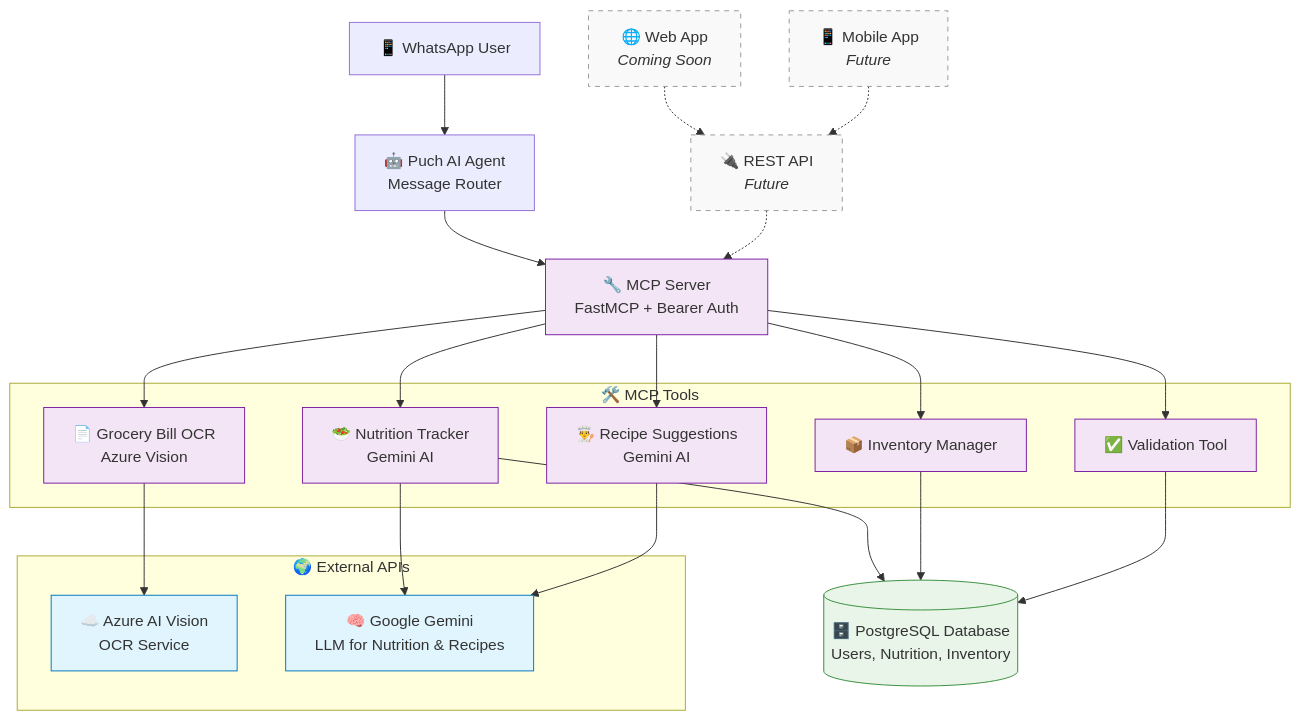
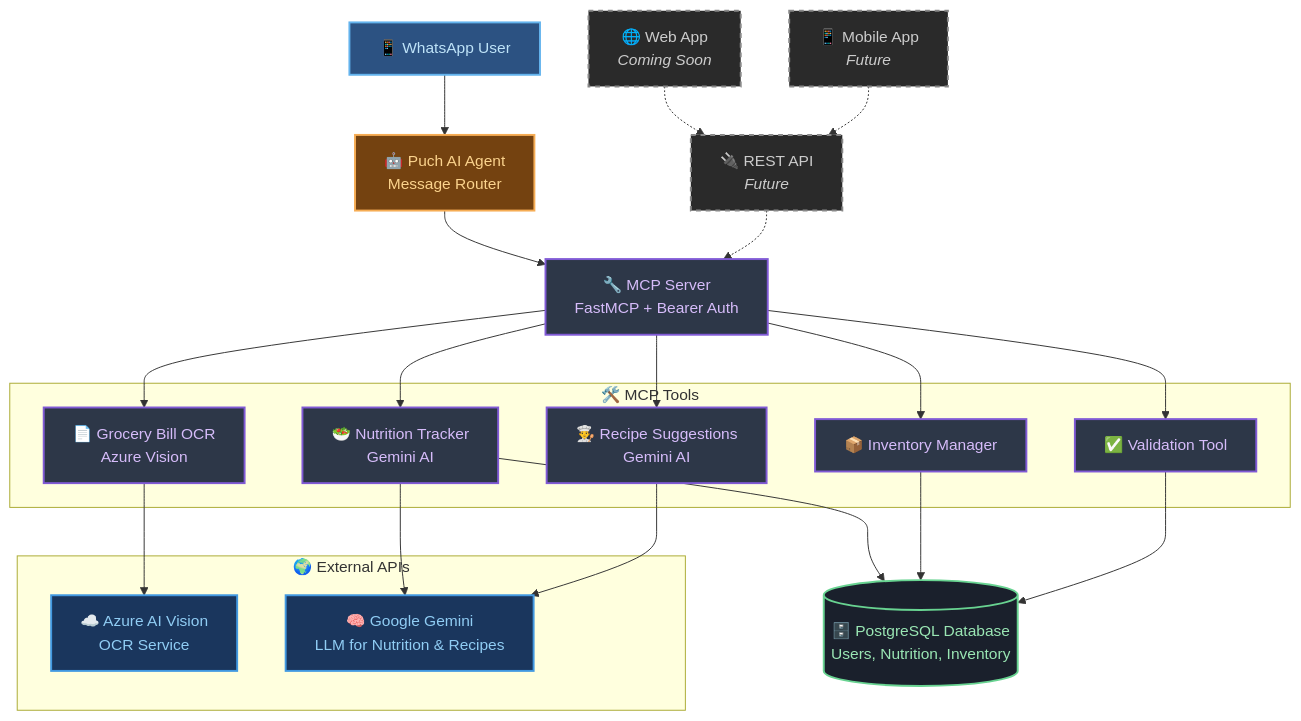
One commit to hawkaii/annapurna changed the diagram in README.md. Above: the diagram before and after it, drawn with Mermaid.

Commit message:
updated colors

````diff
--- a/README.md
+++ b/README.md
@@ -21,65 +21,69 @@
 ```mermaid
 graph TB
     %% User Interfaces
     WA[📱 WhatsApp User] 
     WEB[🌐 Web App<br/><i>Coming Soon</i>]
     MOB[📱 Mobile App<br/><i>Future</i>]
     
     %% Middleware Layer
     PUCH[🤖 Puch AI Agent<br/>Message Router]
     
     %% Backend Services
     MCP[🔧 MCP Server<br/>FastMCP + Bearer Auth]
     API[🔌 REST API<br/><i>Future</i>]
     
     %% Core Tools
     subgraph "🛠️ MCP Tools"
         OCR[📄 Grocery Bill OCR<br/>Azure Vision]
         NUT[🥗 Nutrition Tracker<br/>Gemini AI]
         REC[👨‍🍳 Recipe Suggestions<br/>Gemini AI]
         INV[📦 Inventory Manager]
         VAL[✅ Validation Tool]
     end
     
     %% External APIs
     subgraph "🌍 External APIs"
         AZURE[☁️ Azure AI Vision<br/>OCR Service]
         GEMINI[🧠 Google Gemini<br/>LLM for Nutrition & Recipes]
     end
     
     %% Database
     DB[(🗄️ PostgreSQL Database<br/>Users, Nutrition, Inventory)]
     
     %% Connections
     WA --> PUCH
     WEB -.-> API
     MOB -.-> API
     
     PUCH --> MCP
     API -.-> MCP
     
     MCP --> OCR
     MCP --> NUT
     MCP --> REC
     MCP --> INV
     MCP --> VAL
     
     OCR --> AZURE
     NUT --> GEMINI
     REC --> GEMINI
     
     NUT --> DB
     INV --> DB
     VAL --> DB
     
-    %% Styling
-    classDef future fill:#f9f9f9,stroke:#999,stroke-dasharray: 5 5
-    classDef external fill:#e1f5fe,stroke:#0277bd
-    classDef core fill:#f3e5f5,stroke:#7b1fa2
-    classDef data fill:#e8f5e8,stroke:#388e3c
+    %% Dark Theme Styling
+    classDef future fill:#2a2a2a,stroke:#888,stroke-width:2px,color:#ccc,stroke-dasharray: 5 5
+    classDef external fill:#1a365d,stroke:#4299e1,stroke-width:2px,color:#90cdf4
+    classDef core fill:#2d3748,stroke:#805ad5,stroke-width:2px,color:#d6bcfa
+    classDef data fill:#1a202c,stroke:#68d391,stroke-width:2px,color:#9ae6b4
+    classDef user fill:#2c5282,stroke:#63b3ed,stroke-width:2px,color:#bee3f8
+    classDef middleware fill:#744210,stroke:#f6ad55,stroke-width:2px,color:#fbd38d
     
     class WEB,MOB,API future
     class AZURE,GEMINI external
     class MCP,OCR,NUT,REC,INV,VAL core
     class DB data
+    class WA user
+    class PUCH middleware
 ```
````
